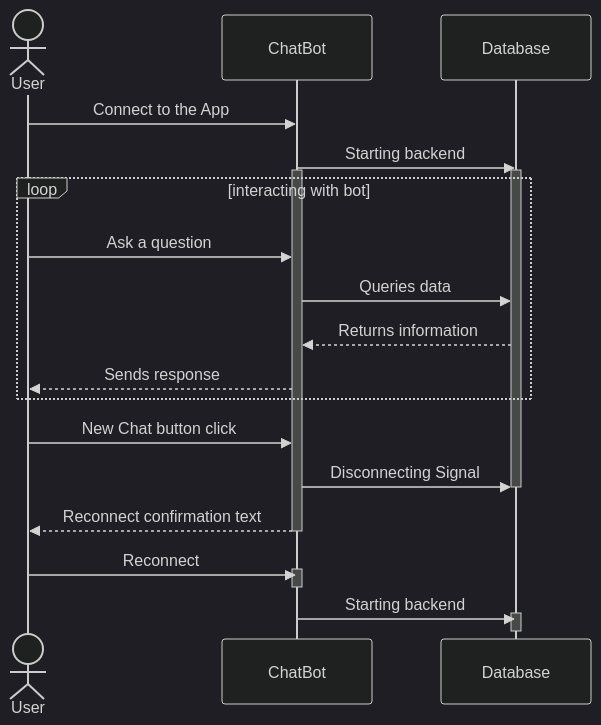
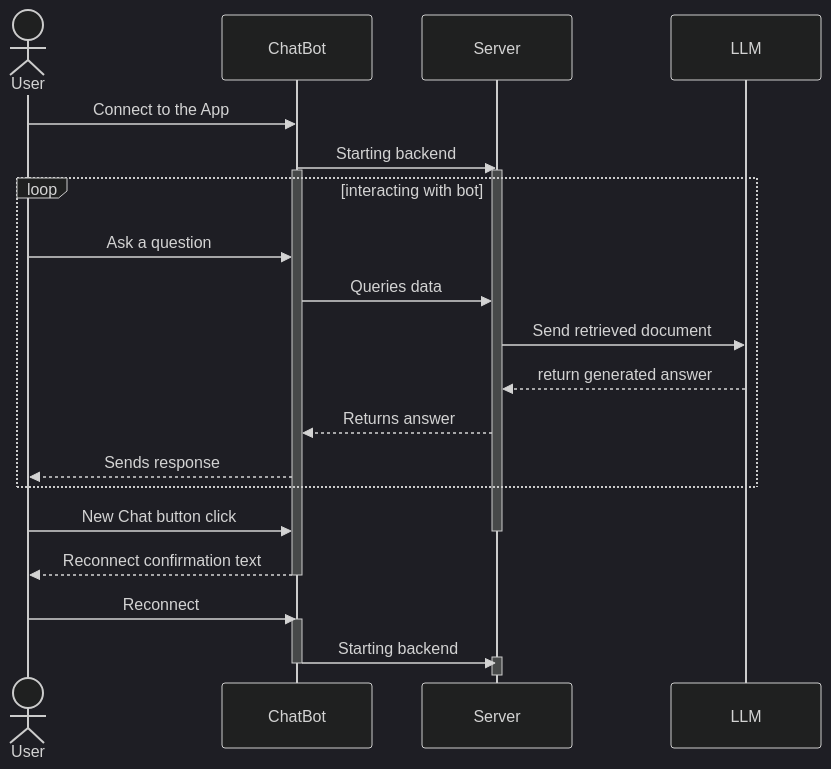
The fifth of 5 diagrams in documentation/docs/requirements/use-case-descriptions.md (Capstone-Projects-2025-Spring/project-003-bioinformatics-chatbot), drawn with Mermaid (dark theme) before and after one commit. The commit also changed other lines of this file and 1 other file, not shown here.

First line of the commit message:
updated Sequence/ rewrite features

````diff
--- a/documentation/docs/requirements/use-case-descriptions.md
+++ b/documentation/docs/requirements/use-case-descriptions.md
@@ -180,32 +199,36 @@
 ```mermaid
 sequenceDiagram
     actor A as User
     participant B as ChatBot
-    participant C as Database
+    participant C as Server
+    participant D as LLM
     
     
     A->>B: Connect to the App
     B->>C: Starting backend
     activate B
     activate C
     loop interacting with bot
         A->>B: Ask a question
         B->>C: Queries data
-        C-->>B: Returns information
+        C->>D: Send retrieved document
+        D-->>C: return generated answer
+        C-->>B: Returns answer
         B-->>A: Sends response
     end
     A->>B: New Chat button click
-    B->>C: Disconnecting Signal
+    
     deactivate C
 
     B-->>A: Reconnect confirmation text
     
     deactivate B
     A->>B: Reconnect
     activate B
-    deactivate B
+    
     B->>C: Starting backend
     activate C
     deactivate C
+    deactivate B
     
 ```
````
